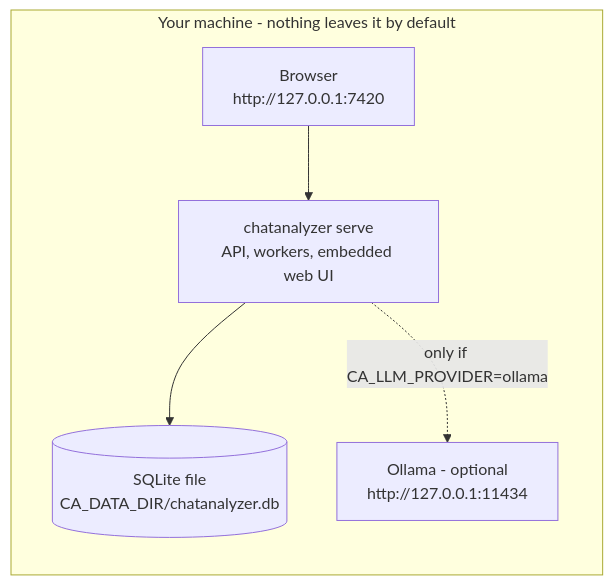
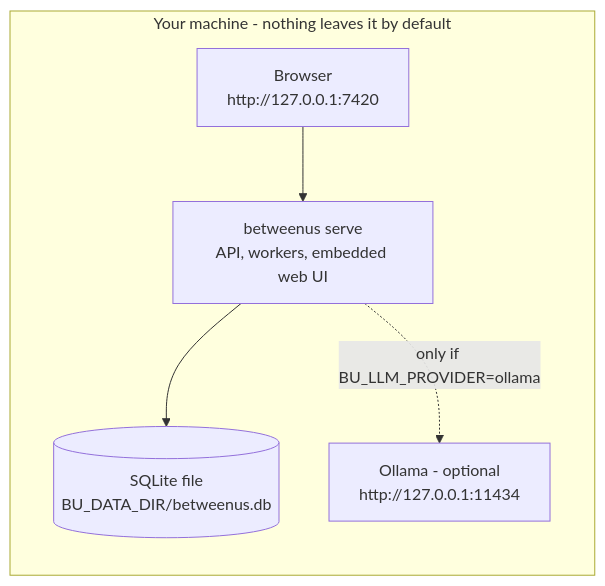
The first of 5 diagrams in docs/07-deployment.md (KshitijV97/between-us), drawn with Mermaid before and after one commit. The commit also changed other lines of this file and 70 other files, not shown here.

````diff
--- a/docs/07-deployment.md
+++ b/docs/07-deployment.md
@@ -53,12 +53,12 @@
 ```mermaid
 flowchart LR
     subgraph Laptop["Your machine - nothing leaves it by default"]
         browser["Browser<br/>http://127.0.0.1:7420"]
-        bin["chatanalyzer serve<br/>API, workers, embedded web UI"]
-        db[("SQLite file<br/>CA_DATA_DIR/chatanalyzer.db")]
+        bin["betweenus serve<br/>API, workers, embedded web UI"]
+        db[("SQLite file<br/>BU_DATA_DIR/betweenus.db")]
         ollama["Ollama - optional<br/>http://127.0.0.1:11434"]
     end
     browser --> bin
     bin --> db
-    bin -.->|"only if CA_LLM_PROVIDER=ollama"| ollama
+    bin -.->|"only if BU_LLM_PROVIDER=ollama"| ollama
 ```
````
